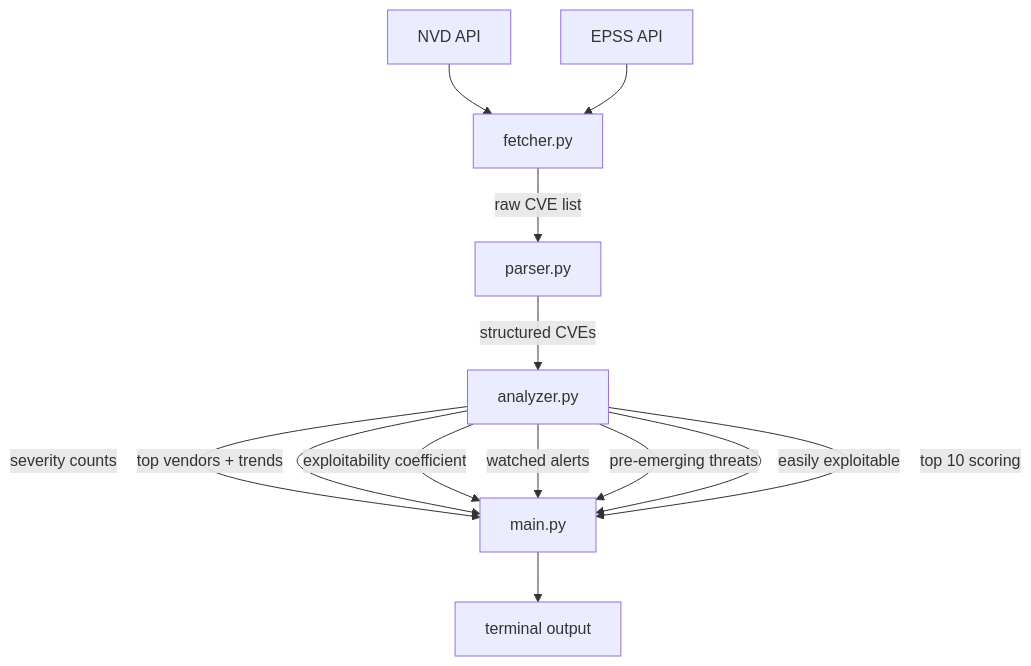
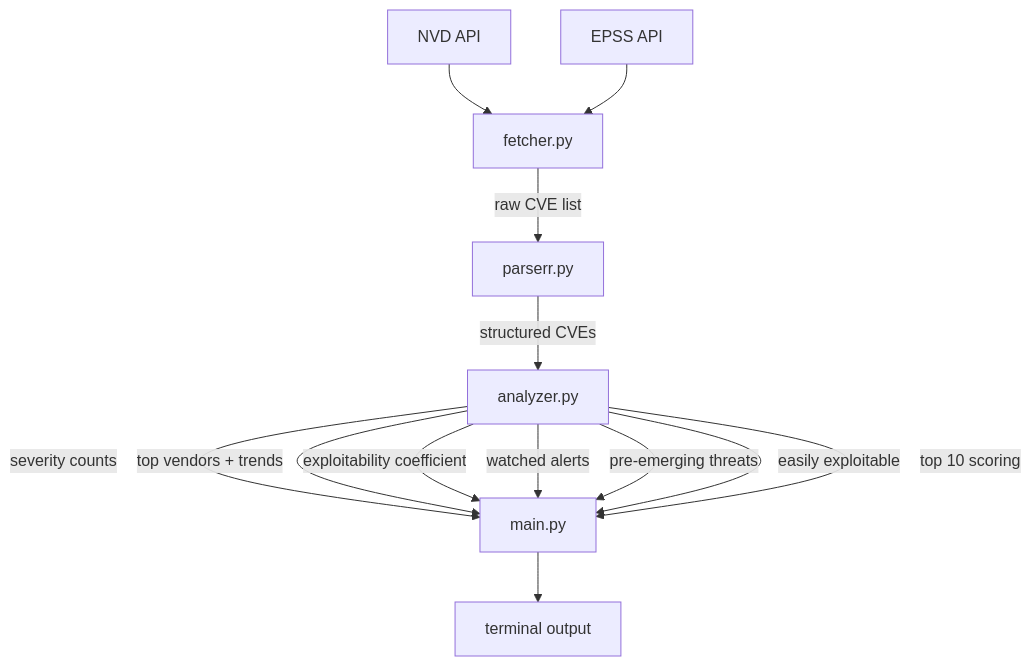
The diagram in README.md (neoalexy/ThreatWatch), drawn with Mermaid before and after one commit. The commit also changed other lines of this file, not shown here.

````diff
--- a/README.md
+++ b/README.md
@@ -36,17 +34,17 @@
 ```mermaid
 flowchart TD
     NVD[NVD API] --> F[fetcher.py]
     EPSS[EPSS API] --> F
-    F -->|raw CVE list| P[parser.py]
+    F -->|raw CVE list| P[parserr.py]
     P -->|structured CVEs| A[analyzer.py]
 
     A -->|severity counts| M[main.py]
     A -->|top vendors + trends| M
     A -->|exploitability coefficient| M
     A -->|watched alerts| M
     A -->|pre-emerging threats| M
     A -->|easily exploitable| M
     A -->|top 10 scoring| M
 
     M --> T[terminal output]
 ```
````
